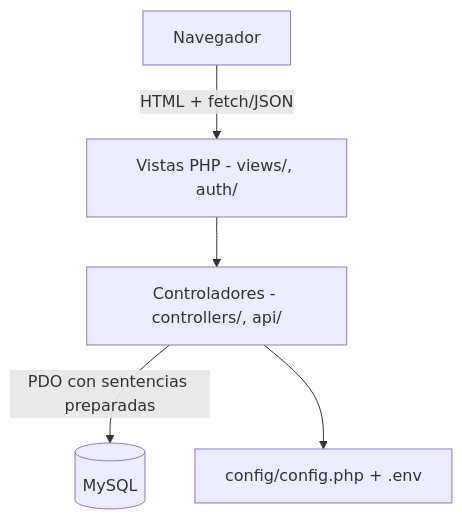
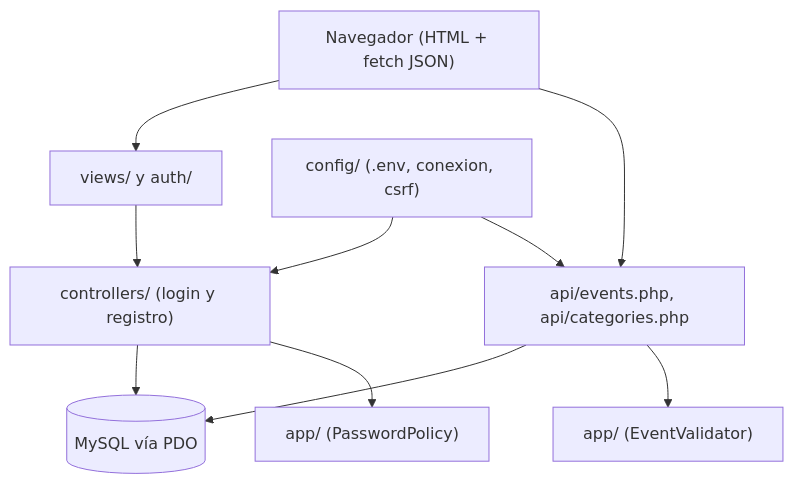
The diagram in README.md (Luiss2080/Alondra), drawn with Mermaid before and after one commit. The commit also changed other lines of this file, not shown here.

````diff
--- a/README.md
+++ b/README.md
@@ -45,7 +47,12 @@
 ```mermaid
-graph TD
-    A[Navegador] -->|HTML + fetch/JSON| B[Vistas PHP - views/, auth/]
-    B --> C[Controladores - controllers/, api/]
-    C -->|PDO con sentencias preparadas| D[(MySQL)]
-    C --> E[config/config.php + .env]
+flowchart TD
+    B["Navegador (HTML + fetch JSON)"] --> V["views/ y auth/"]
+    B --> A["api/events.php, api/categories.php"]
+    V --> C["controllers/ (login y registro)"]
+    C --> D[("MySQL vía PDO")]
+    A --> D
+    A --> S["app/ (EventValidator)"]
+    C --> P["app/ (PasswordPolicy)"]
+    CFG["config/ (.env, conexion, csrf)"] --> C
+    CFG --> A
 ```
````
